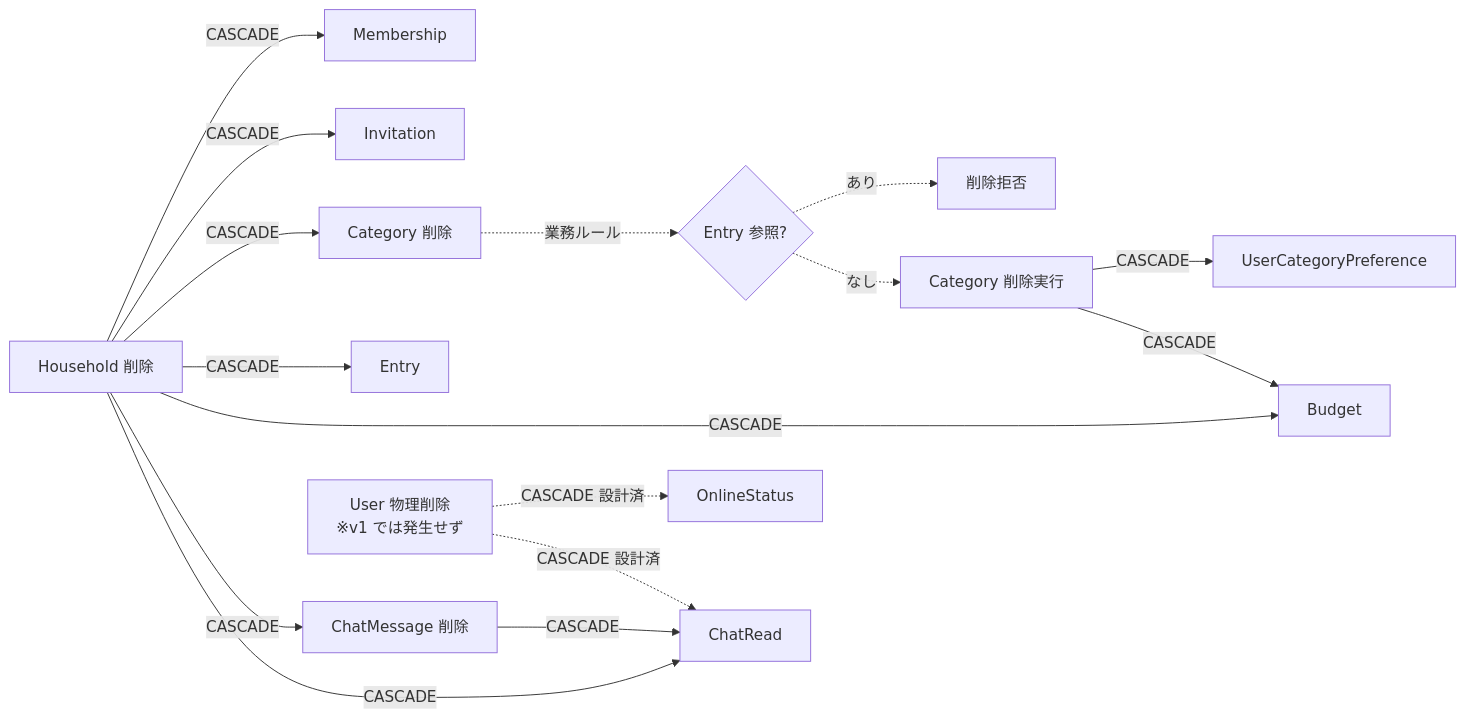
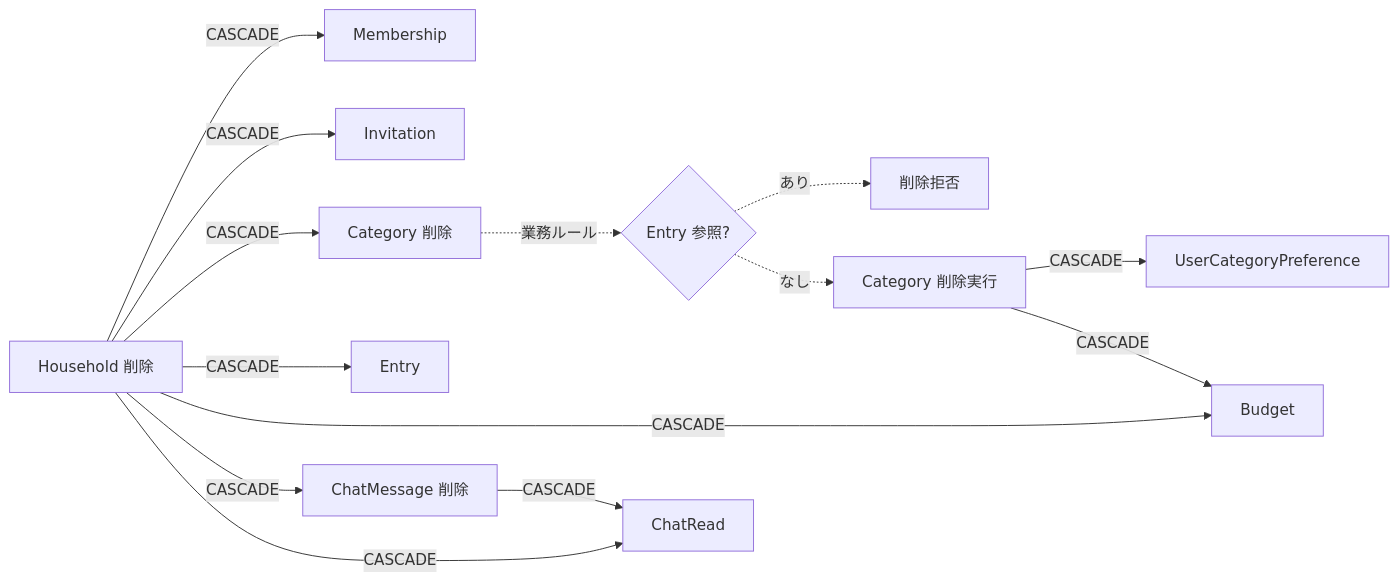
The third of 3 diagrams in docs/design/集約俯瞰図.md (myantyuWorld/kakeibo-claude), drawn with Mermaid before and after one commit. The commit also changed other lines of this file and 7 other files, not shown here.

````diff
--- a/docs/design/集約俯瞰図.md
+++ b/docs/design/集約俯瞰図.md
@@ -295,21 +295,18 @@
 ```mermaid
 flowchart LR
     Household[Household 削除] -->|CASCADE| Membership
     Household -->|CASCADE| Invitation
     Household -->|CASCADE| Category
     Household -->|CASCADE| Entry
     Household -->|CASCADE| Budget
     Household -->|CASCADE| ChatMessage
 
     Category[Category 削除] -.->|業務ルール| EntryCheck{Entry 参照?}
     EntryCheck -.->|あり| Reject[削除拒否]
     EntryCheck -.->|なし| CategoryDelete[Category 削除実行]
     CategoryDelete -->|CASCADE| UserCategoryPreference
     CategoryDelete -->|CASCADE| Budget
 
     ChatMessage[ChatMessage 削除] -->|CASCADE| ChatRead
     Household -->|CASCADE| ChatRead
-
-    User[User 物理削除<br/>※v1 では発生せず] -.->|CASCADE 設計済| OnlineStatus
-    User -.->|CASCADE 設計済| ChatRead
 ```
````
